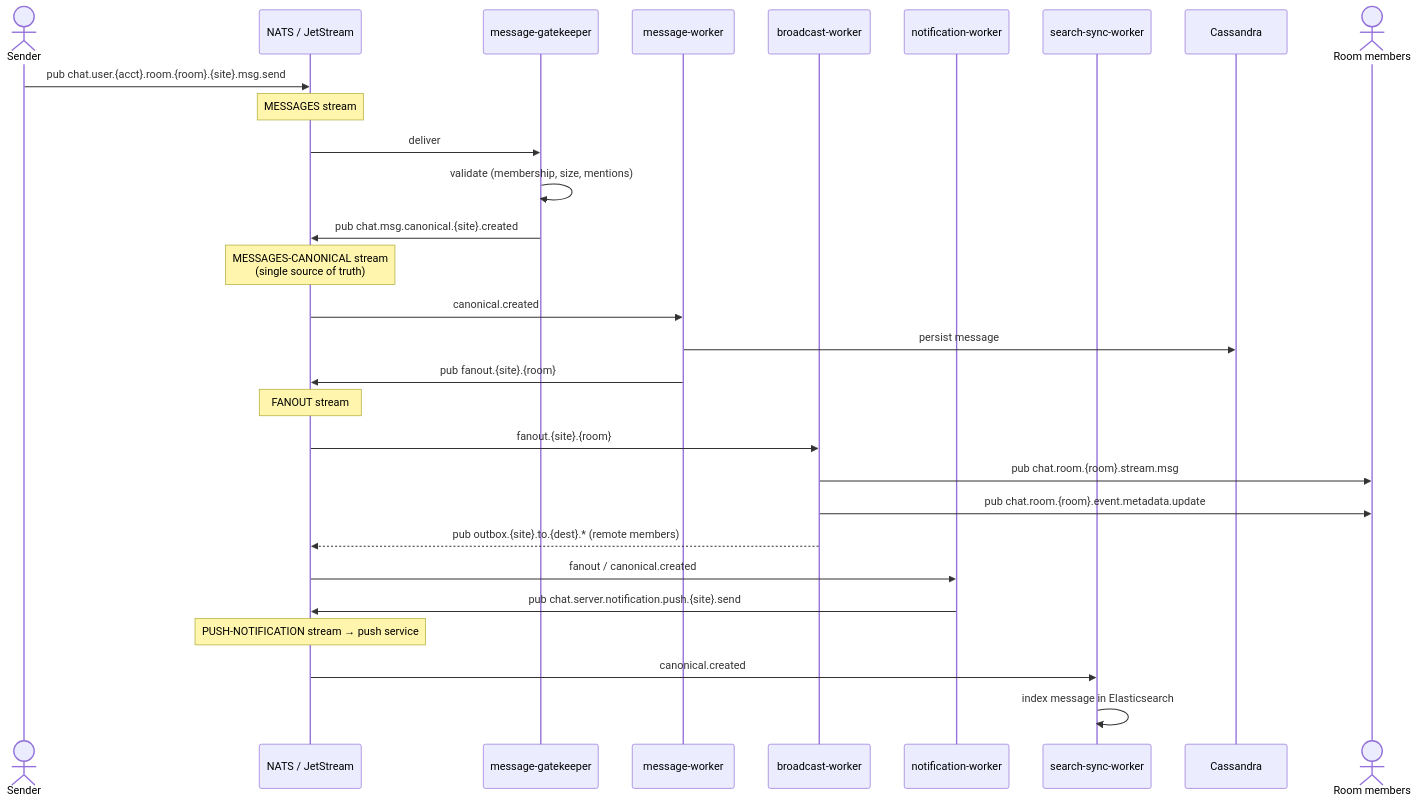
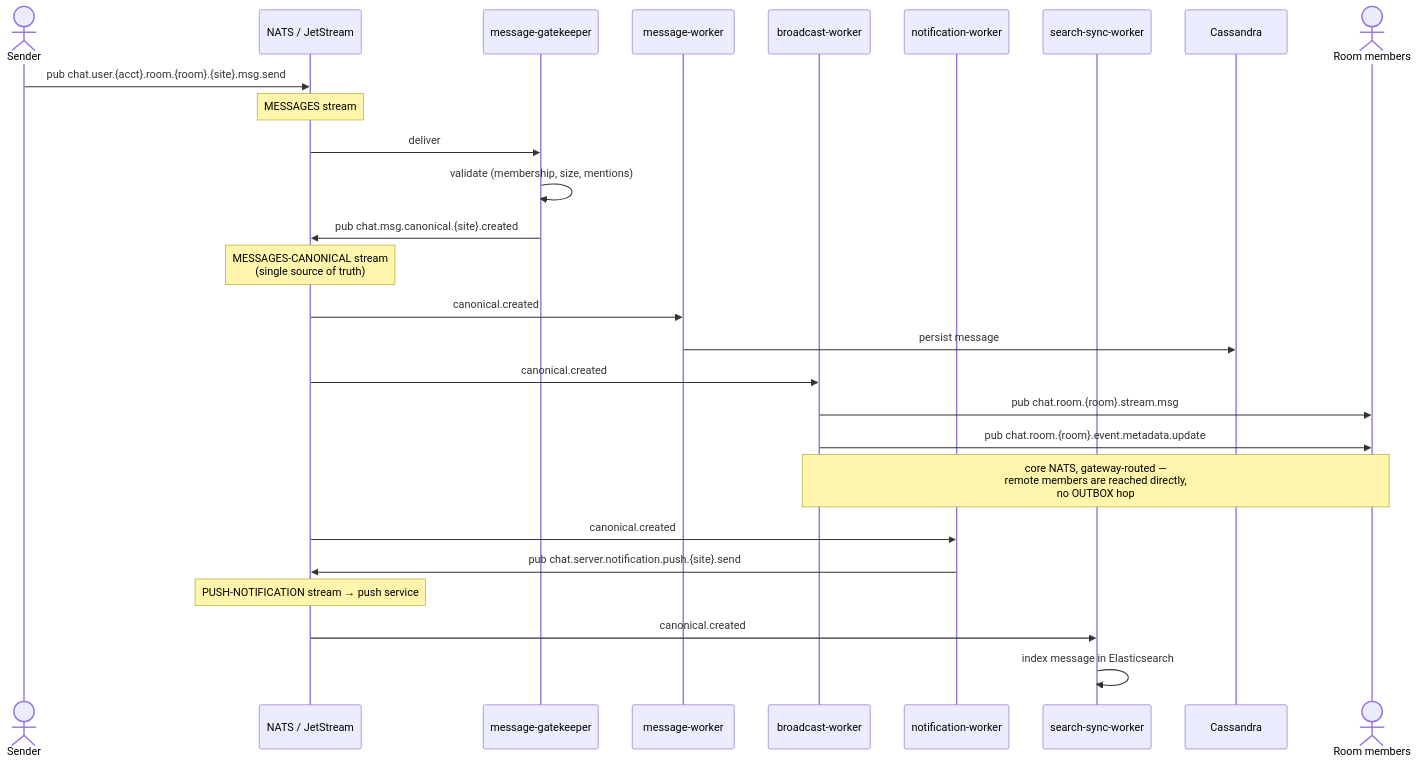
The third of 5 diagrams in docs/architecture.md (hmchangw/newchat), drawn with Mermaid before and after one commit. The commit also changed other lines of this file and 7 other files, not shown here.

First line of the commit message:
docs: design NATS site failover with buddy-hosted standby lanes

````diff
--- a/docs/architecture.md
+++ b/docs/architecture.md
@@ -155,36 +155,34 @@
 ```mermaid
 sequenceDiagram
     actor Sender
     participant NATS as NATS / JetStream
     participant GK as message-gatekeeper
     participant MW as message-worker
     participant BW as broadcast-worker
     participant NW as notification-worker
     participant SS as search-sync-worker
     participant Cass as Cassandra
     actor Members as Room members
 
     Sender->>NATS: pub chat.user.{acct}.room.{room}.{site}.msg.send
     Note over NATS: MESSAGES stream
     NATS->>GK: deliver
     GK->>GK: validate (membership, size, mentions)
     GK->>NATS: pub chat.msg.canonical.{site}.created
     Note over NATS: MESSAGES-CANONICAL stream<br/>(single source of truth)
 
     NATS->>MW: canonical.created
     MW->>Cass: persist message
-    MW->>NATS: pub fanout.{site}.{room}
-    Note over NATS: FANOUT stream
 
-    NATS->>BW: fanout.{site}.{room}
+    NATS->>BW: canonical.created
     BW->>Members: pub chat.room.{room}.stream.msg
     BW->>Members: pub chat.room.{room}.event.metadata.update
-    BW-->>NATS: pub outbox.{site}.to.{dest}.* (remote members)
+    Note over BW,Members: core NATS, gateway-routed —<br/>remote members are reached directly,<br/>no OUTBOX hop
 
-    NATS->>NW: fanout / canonical.created
+    NATS->>NW: canonical.created
     NW->>NATS: pub chat.server.notification.push.{site}.send
     Note over NATS: PUSH-NOTIFICATION stream → push service
 
     NATS->>SS: canonical.created
     SS->>SS: index message in Elasticsearch
 ```
````
